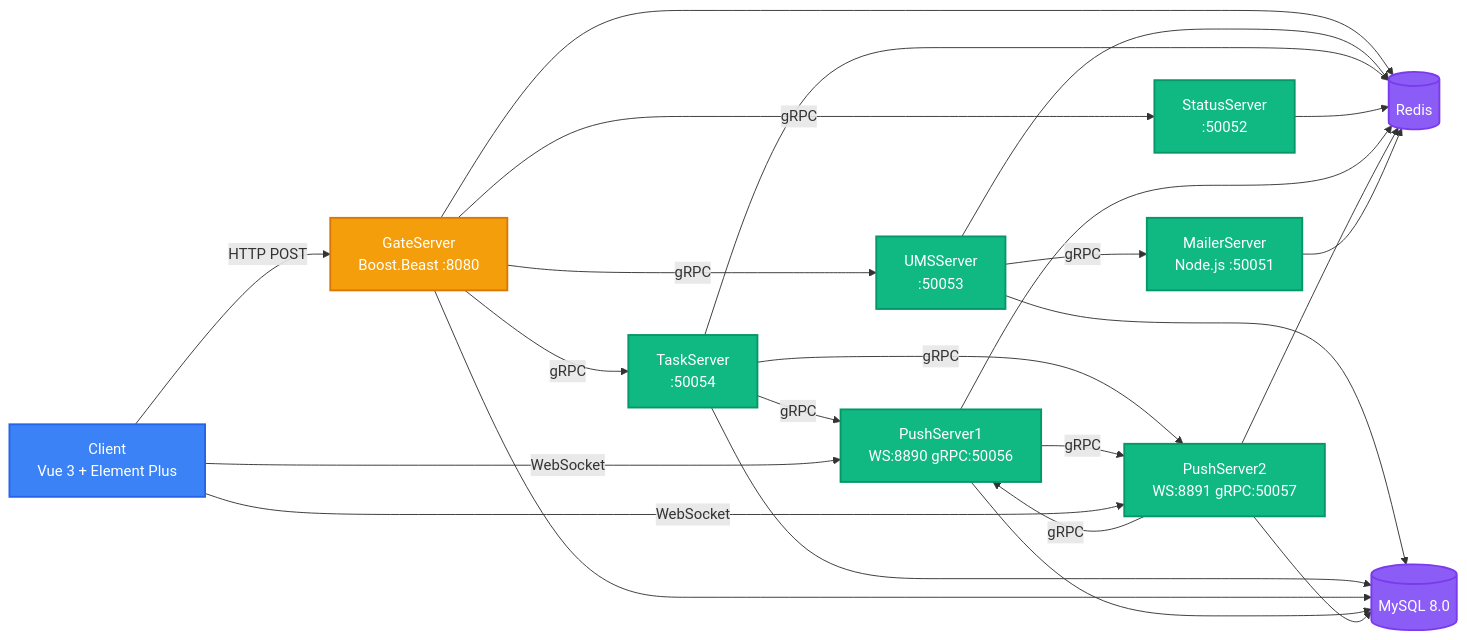
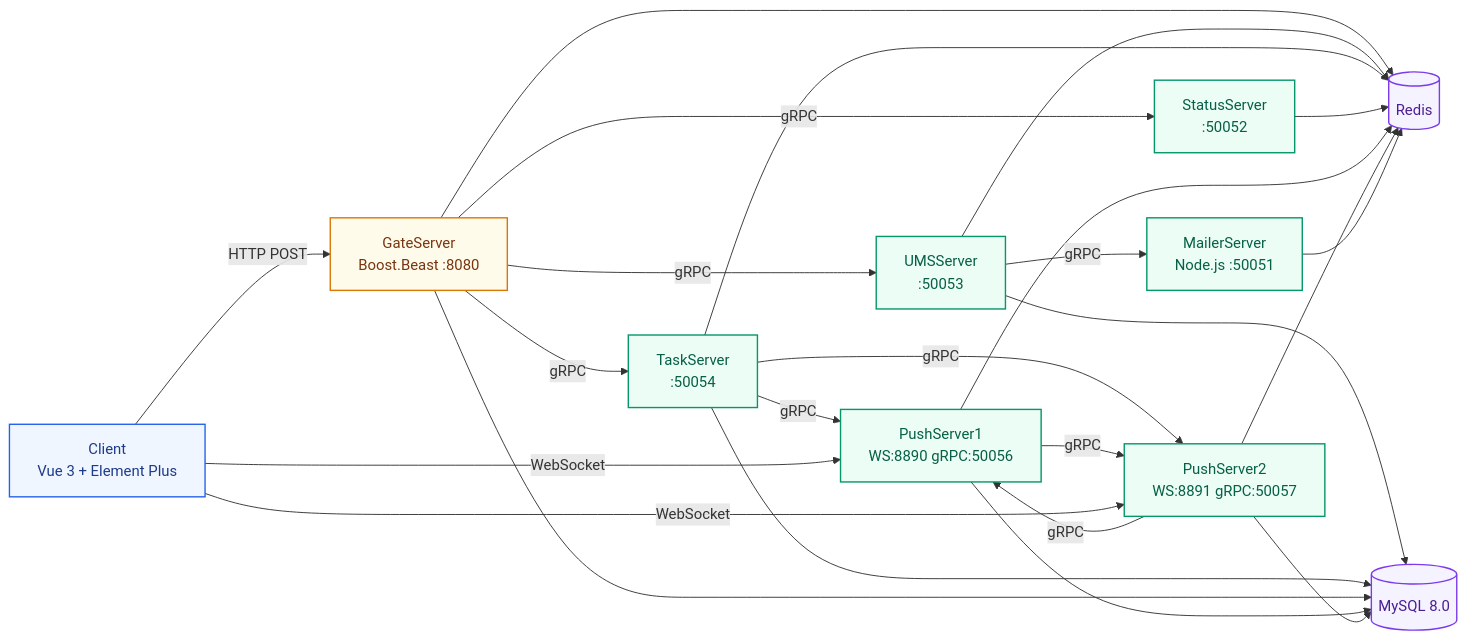
Before and after one commit to LINJIANG12/general-readme-skill: the diagram in examples/oxyteamtasks-readme.md, drawn with Mermaid. The commit also changed other lines of this file and 13 other files, not shown here.

````diff
--- a/examples/oxyteamtasks-readme.md
+++ b/examples/oxyteamtasks-readme.md
@@ -166,36 +166,36 @@
 ```mermaid
 graph LR
     C[Client<br/>Vue 3 + Element Plus] -->|HTTP POST| G[GateServer<br/>Boost.Beast :8080]
     G -->|gRPC| U[UMSServer<br/>:50053]
     G -->|gRPC| T[TaskServer<br/>:50054]
     G -->|gRPC| S[StatusServer<br/>:50052]
     U -->|gRPC| M[MailerServer<br/>Node.js :50051]
     T -->|gRPC| P1[PushServer1<br/>WS:8890 gRPC:50056]
     T -->|gRPC| P2[PushServer2<br/>WS:8891 gRPC:50057]
     P1 -->|gRPC| P2
     P2 -->|gRPC| P1
     C -->|WebSocket| P1
     C -->|WebSocket| P2
     U --> DB[(MySQL 8.0)]
     T --> DB
     G --> DB
     P1 --> DB
     P2 --> DB
     G --> R[(Redis)]
     U --> R
     T --> R
     S --> R
     P1 --> R
     P2 --> R
     M --> R
 
-    classDef client fill:#3B82F6,stroke:#2563EB,color:#fff,stroke-width:2px
-    classDef gateway fill:#F59E0B,stroke:#D97706,color:#fff,stroke-width:2px
-    classDef service fill:#10B981,stroke:#059669,color:#fff,stroke-width:2px
-    classDef data fill:#8B5CF6,stroke:#7C3AED,color:#fff,stroke-width:2px
+    classDef client fill:#EFF6FF,stroke:#2563EB,color:#1E3A8A,stroke-width:1.5px
+    classDef gateway fill:#FFFBEB,stroke:#D97706,color:#78350F,stroke-width:1.5px
+    classDef service fill:#ECFDF5,stroke:#059669,color:#065F46,stroke-width:1.5px
+    classDef data fill:#F5F3FF,stroke:#7C3AED,color:#4C1D95,stroke-width:1.5px
 
     class C client
     class G gateway
     class U,T,S,M,P1,P2 service
     class DB,R data
 ```
````
